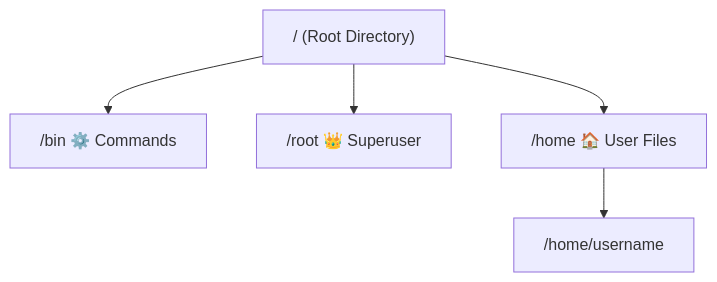
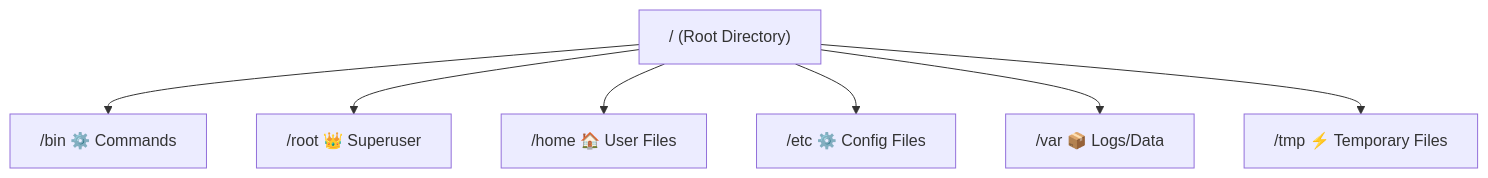
Before and after one commit to Ophidev/DevOps_Notes: the second of 2 diagrams in Linux And Shell Scripting/notes.md, drawn with Mermaid. The commit also changed other lines of this file, not shown here.

````diff
--- a/Linux And Shell Scripting/notes.md
+++ b/Linux And Shell Scripting/notes.md
@@ -66,7 +79,9 @@
 ```mermaid
 graph TD
     ROOT["/ (Root Directory)"] --> BIN["/bin ⚙️ Commands"]
     ROOT --> ROOTDIR["/root 👑 Superuser"]
     ROOT --> HOME["/home 🏠 User Files"]
-    HOME --> USER["/home/username"]
+    ROOT --> ETC["/etc ⚙️ Config Files"]
+    ROOT --> VAR["/var 📦 Logs/Data"]
+    ROOT --> TMP["/tmp ⚡ Temporary Files"]
 ```
````
